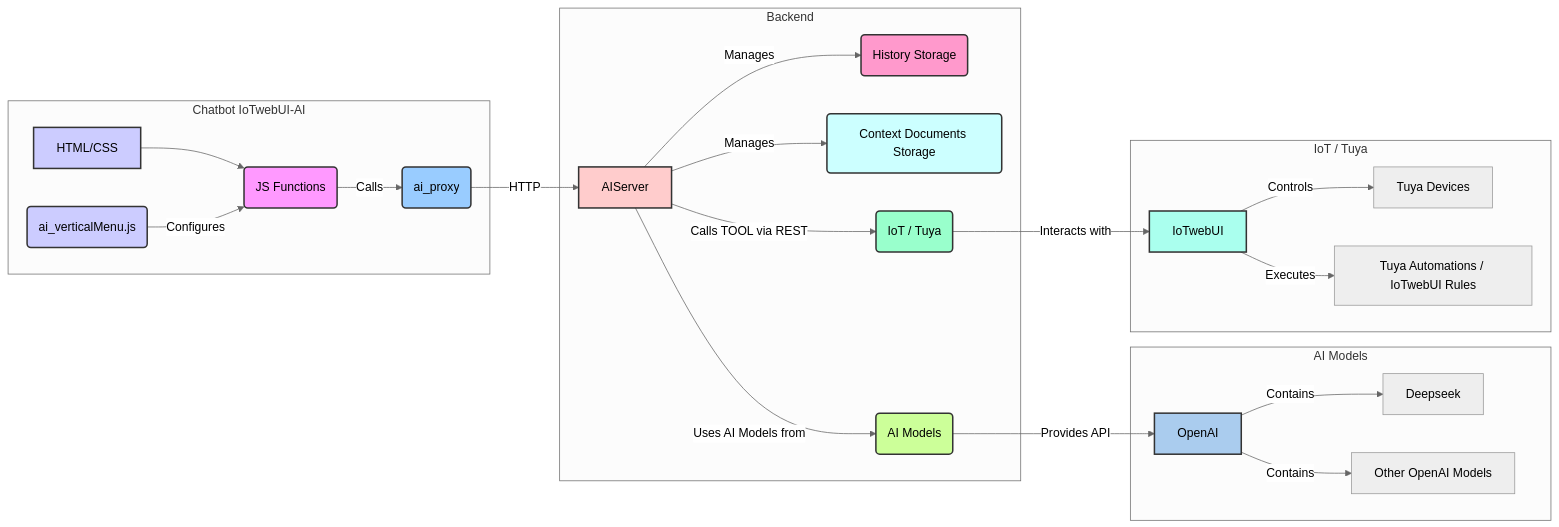
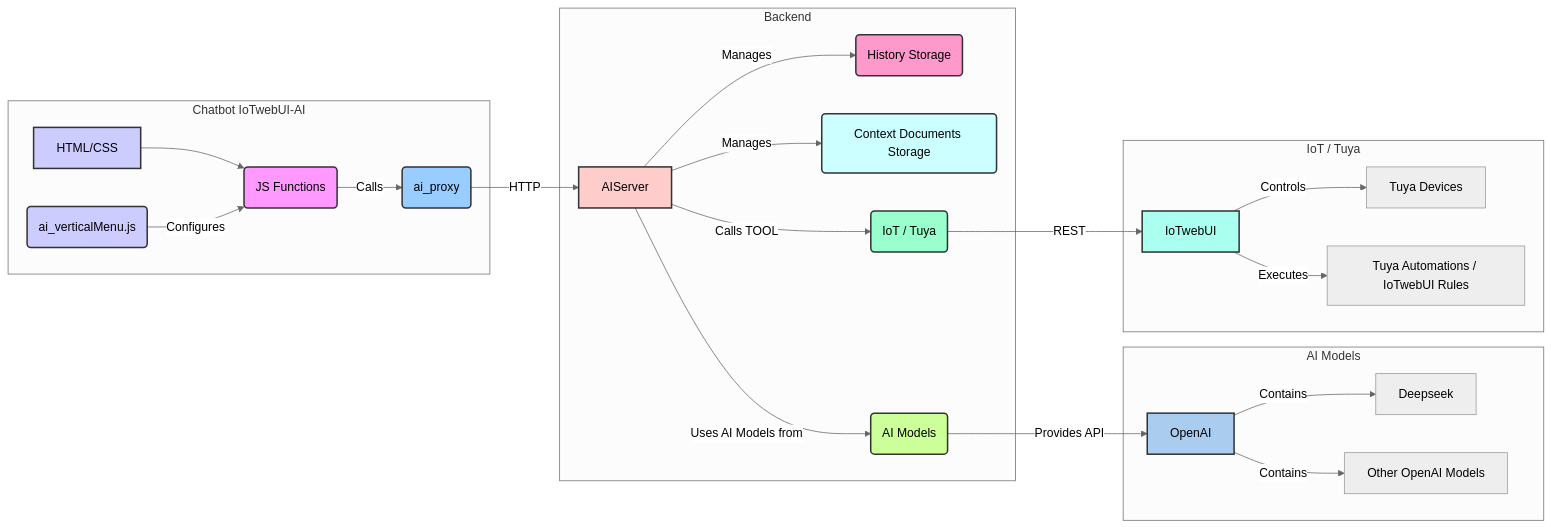
Before and after one commit to msillano/IoTwebUI: the diagram in IOTwebUI-AI/README.md, drawn with Mermaid.

````diff
--- a/IOTwebUI-AI/README.md
+++ b/IOTwebUI-AI/README.md
@@ -9,40 +9,40 @@
 ```mermaid
 %%{init: {'theme': 'neutral'}}%%
 graph LR
     subgraph Chatbot IoTwebUI-AI
         style UI fill:#ccf,stroke:#333,stroke-width:2px
         style UI_JS fill:#f9f,stroke:#333,stroke-width:2px
         style UI_Menu fill:#ccf,stroke:#333,stroke-width:2px
         UI[HTML/CSS] --> UI_JS(JS Functions);
         UI_Menu(ai_verticalMenu.js) -- Configures --> UI_JS;
         UI_JS -- Calls --> Proxy(ai_proxy);
     end
 
     subgraph Backend
         style Proxy fill:#9cf,stroke:#333,stroke-width:2px
         style AIServer fill:#fcc,stroke:#333,stroke-width:2px
         style HistoryDB fill:#f9c,stroke:#333,stroke-width:2px
         style ContextFiles fill:#cff,stroke:#333,stroke-width:2px
         Proxy -- HTTP --> AIServer;
         AIServer -- Uses AI Models from --> AIModels(AI Models);
         AIServer -- Manages --> HistoryDB(History Storage);
         AIServer -- Manages --> ContextFiles(Context Documents Storage);
-        AIServer -- Calls TOOL via REST --> IoT(IoT / Tuya);
+        AIServer -- Calls TOOL  --> IoT(IoT / Tuya);
     end
 
     subgraph AI Models
         style AIModels fill:#cf9,stroke:#333,stroke-width:2px
         style OpenAI fill:#ace,stroke:#333,stroke-width:2px
         AIModels -- Provides API --> OpenAI;
         OpenAI -- Contains --> Deepseek;
         OpenAI -- Contains --> GPTModels[Other OpenAI Models];
      end
 
     subgraph IoT / Tuya
         style IoT fill:#9fc,stroke:#333,stroke-width:2px
         style IoTwebUI fill:#afe,stroke:#333,stroke-width:2px
-        IoT -- Interacts with --> IoTwebUI;
+        IoT -- REST --> IoTwebUI;
         IoTwebUI -- Controls --> TuyaDevices[Tuya Devices];
         IoTwebUI -- Executes --> TuyaAutomations[Tuya Automations / IoTwebUI Rules];
     end
 ```
````
